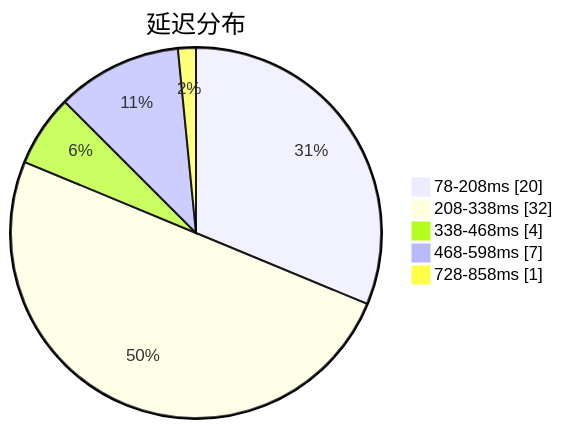
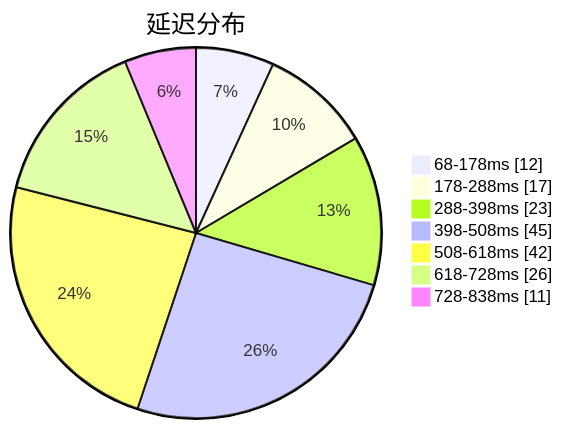
The first of 3 diagrams in subs/statistics/tested_within.md (sinspired/airport), drawn with Mermaid before and after one commit. The commit also changed other lines of this file and 2 other files, not shown here.

````diff
--- a/subs/statistics/tested_within.md
+++ b/subs/statistics/tested_within.md
@@ -2,9 +2,11 @@
 ```mermaid
 pie showData
 title 延迟分布
-"78-208ms" : 20
-"208-338ms" : 32
-"338-468ms" : 4
-"468-598ms" : 7
-"728-858ms" : 1
+"68-178ms" : 12
+"178-288ms" : 17
+"288-398ms" : 23
+"398-508ms" : 45
+"508-618ms" : 42
+"618-728ms" : 26
+"728-838ms" : 11
 ```
````
